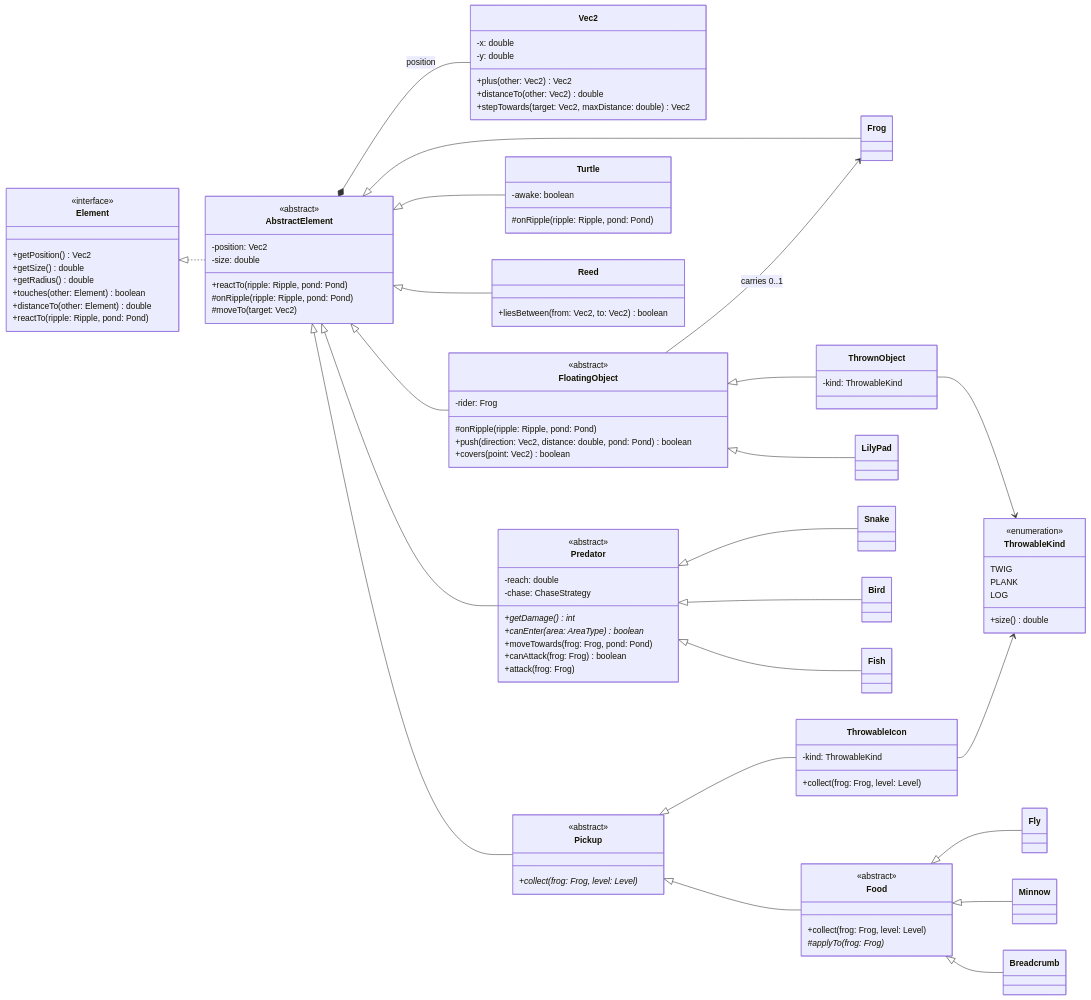
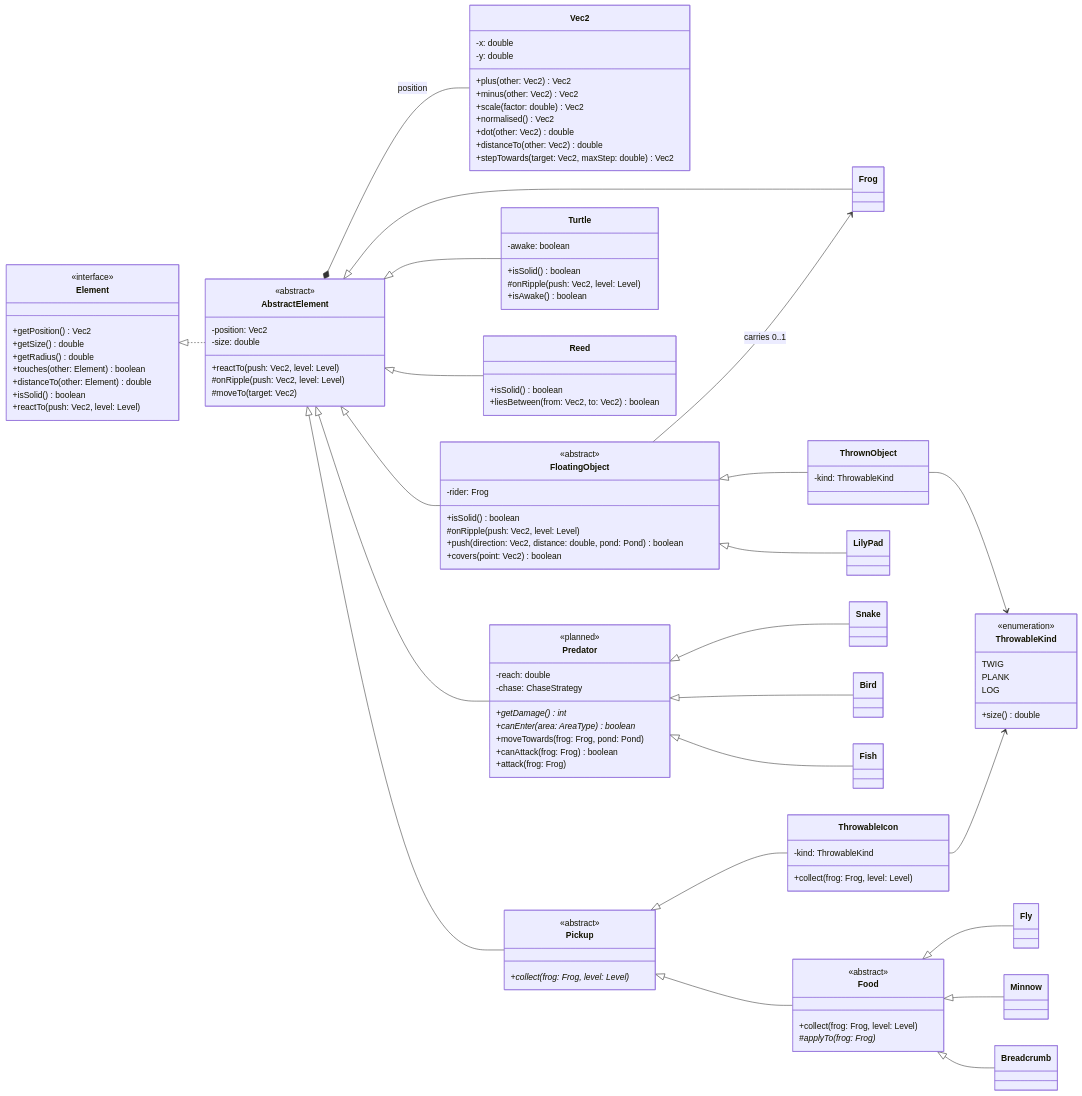
The first of 4 diagrams in docs/RIPPLE_POND_UML.md (jonathandeveloper26-bit/JavaGame), drawn with Mermaid before and after one commit. The commit also changed other lines of this file, not shown here.

First line of the commit message:
Update the UML to version 3, matching the code (J11)

```diff
--- a/docs/RIPPLE_POND_UML.md
+++ b/docs/RIPPLE_POND_UML.md
@@ -46,28 +50,34 @@
   +getRadius() double
   +touches(other: Element) boolean
   +distanceTo(other: Element) double
-  +reactTo(ripple: Ripple, pond: Pond)
+  +isSolid() boolean
+  +reactTo(push: Vec2, level: Level)
 }
 class AbstractElement {
   <<abstract>>
   -position: Vec2
   -size: double
-  +reactTo(ripple: Ripple, pond: Pond)
-  #onRipple(ripple: Ripple, pond: Pond)
+  +reactTo(push: Vec2, level: Level)
+  #onRipple(push: Vec2, level: Level)
   #moveTo(target: Vec2)
 }
 class Vec2 {
   -x: double
   -y: double
   +plus(other: Vec2) Vec2
+  +minus(other: Vec2) Vec2
+  +scale(factor: double) Vec2
+  +normalised() Vec2
+  +dot(other: Vec2) double
   +distanceTo(other: Vec2) double
-  +stepTowards(target: Vec2, maxDistance: double) Vec2
+  +stepTowards(target: Vec2, maxStep: double) Vec2
 }
 class Frog
 class FloatingObject {
   <<abstract>>
   -rider: Frog
-  #onRipple(ripple: Ripple, pond: Pond)
+  +isSolid() boolean
+  #onRipple(push: Vec2, level: Level)
   +push(direction: Vec2, distance: double, pond: Pond) boolean
   +covers(point: Vec2) boolean
 }
@@ -84,13 +94,16 @@
 }
 class Turtle {
   -awake: boolean
-  #onRipple(ripple: Ripple, pond: Pond)
+  +isSolid() boolean
+  #onRipple(push: Vec2, level: Level)
+  +isAwake() boolean
 }
 class Reed {
+  +isSolid() boolean
   +liesBetween(from: Vec2, to: Vec2) boolean
 }
 class Predator {
-  <<abstract>>
+  <<planned>>
   -reach: double
   -chase: ChaseStrategy
   +getDamage() int*
```
